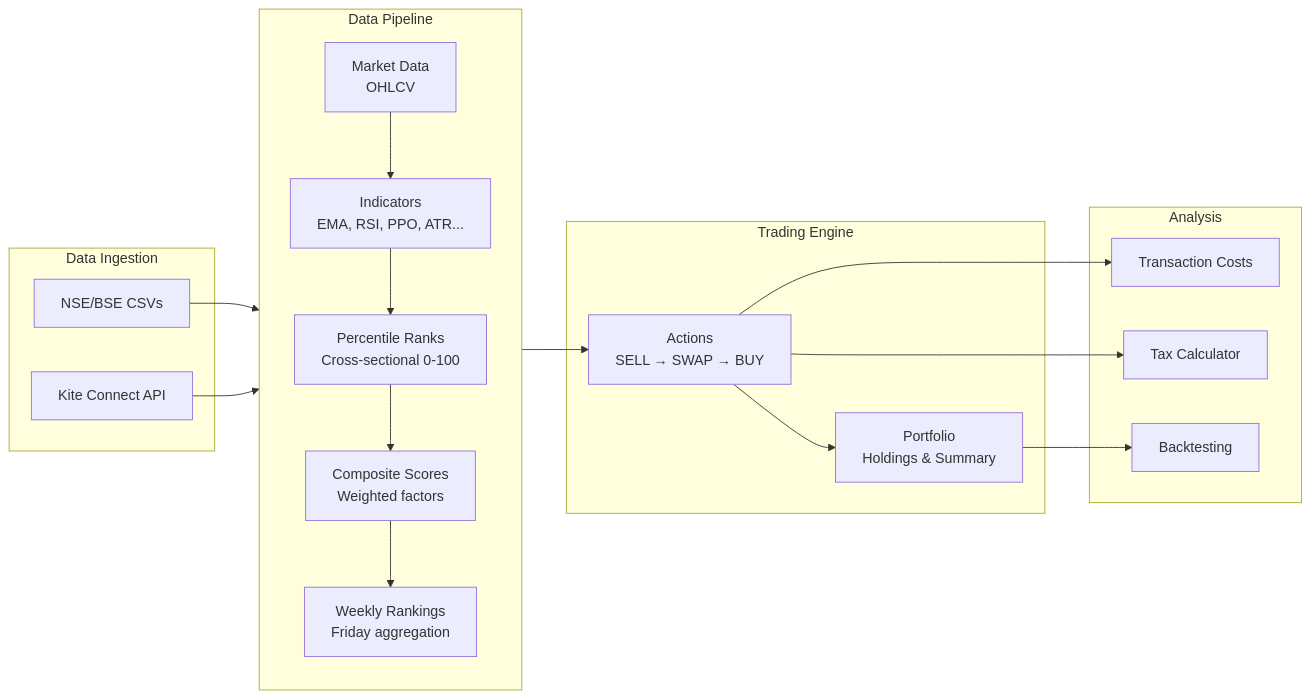
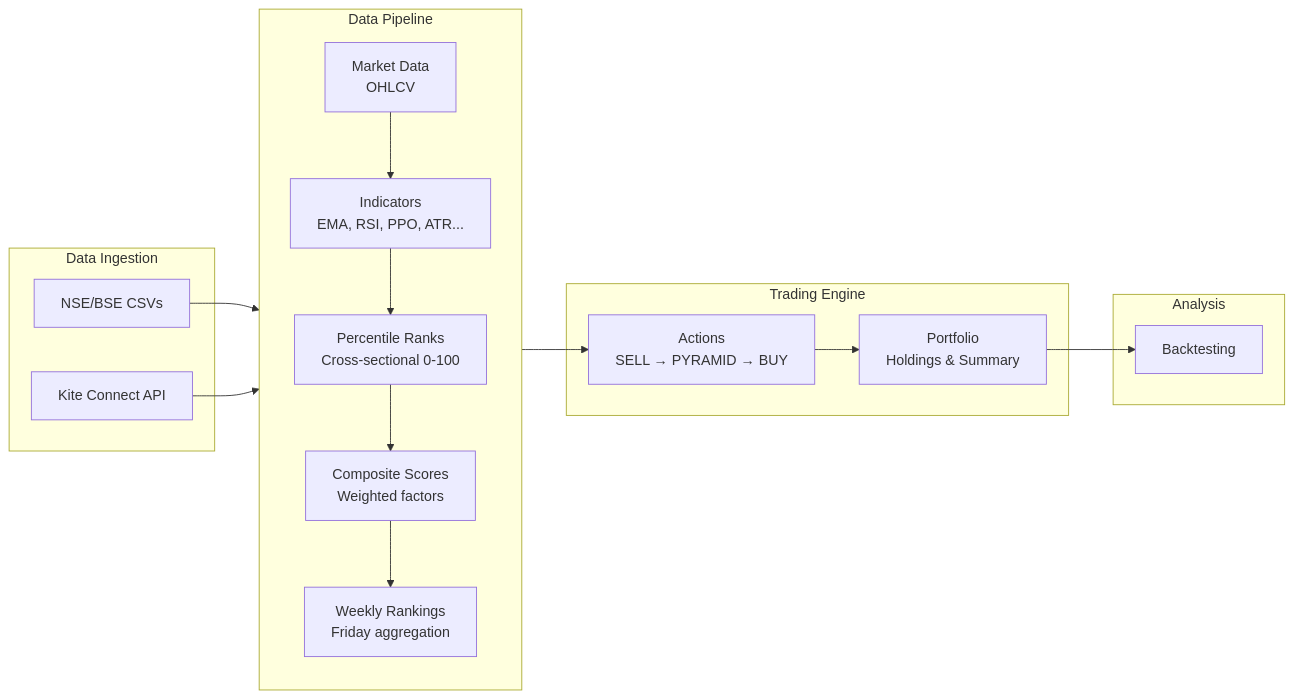
Before and after one commit to Harshit6135/stock_screener: the diagram in README.md, drawn with Mermaid. The commit also changed other lines of this file and 53 other files, not shown here.

````diff
--- a/README.md
+++ b/README.md
@@ -27,32 +25,28 @@
 ```mermaid
 flowchart LR
     subgraph Data["Data Ingestion"]
         CSV[NSE/BSE CSVs]
         KITE[Kite Connect API]
     end
 
     subgraph Pipeline["Data Pipeline"]
         direction TB
         MD[Market Data<br/>OHLCV] --> IND[Indicators<br/>EMA, RSI, PPO, ATR...]
         IND --> PCT[Percentile Ranks<br/>Cross-sectional 0-100]
         PCT --> SCR[Composite Scores<br/>Weighted factors]
         SCR --> RNK[Weekly Rankings<br/>Friday aggregation]
     end
 
     subgraph Trading["Trading Engine"]
-        RNK --> ACT[Actions<br/>SELL → SWAP → BUY]
+        RNK --> ACT[Actions<br/>SELL → PYRAMID → BUY]
         ACT --> PORT[Portfolio<br/>Holdings & Summary]
     end
 
     subgraph Analysis["Analysis"]
-        COST[Transaction Costs]
-        TAX[Tax Calculator]
         BT[Backtesting]
     end
 
     CSV --> MD
     KITE --> MD
     PORT --> BT
-    ACT --> COST
-    ACT --> TAX
 ```
````
